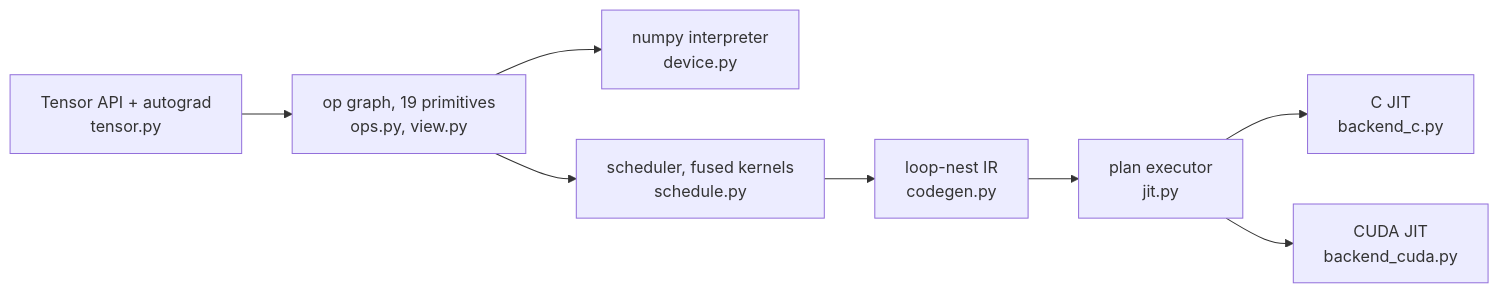
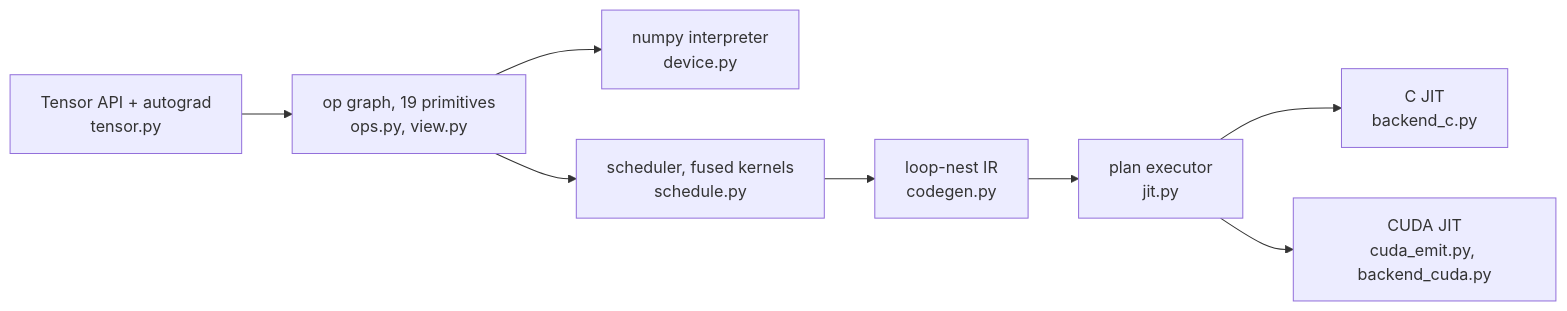
The diagram in README.md (jiffies64/limn), drawn with Mermaid before and after one commit. The commit also changed other lines of this file, not shown here.

First line of the commit message:
docs: describe the cuda kernel shapes and the float16 contract

````diff
--- a/README.md
+++ b/README.md
@@ -51,10 +52,10 @@
 ```mermaid
 flowchart LR
     T["Tensor API + autograd<br>tensor.py"] --> G["op graph, 19 primitives<br>ops.py, view.py"]
     G --> N["numpy interpreter<br>device.py"]
     G --> S["scheduler, fused kernels<br>schedule.py"]
     S --> I["loop-nest IR<br>codegen.py"]
     I --> J["plan executor<br>jit.py"]
     J --> C["C JIT<br>backend_c.py"]
-    J --> U["CUDA JIT<br>backend_cuda.py"]
+    J --> U["CUDA JIT<br>cuda_emit.py, backend_cuda.py"]
 ```
````
